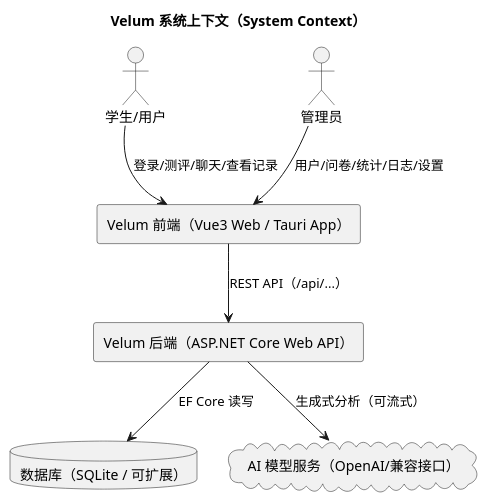
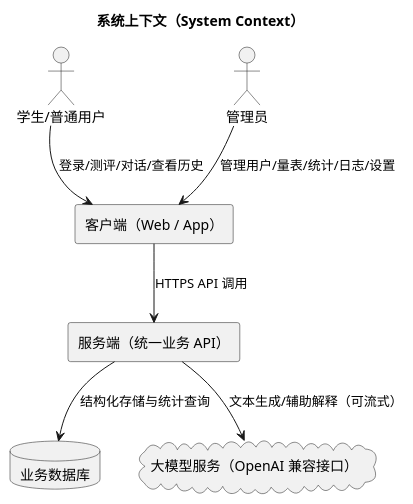
One commit to WangWindow/Velum changed the diagram in docs/2.md. Above: the diagram before and after it, drawn with PlantUML. The commit also changed other lines of this file and 5 other files, not shown here.

````diff
--- a/docs/2.md
+++ b/docs/2.md
@@ -67,21 +72,21 @@
 ```plantuml
 @startuml
-title Velum 系统上下文（System Context）
+title 系统上下文（System Context）
 
-actor "学生/用户" as Student
+actor "学生/普通用户" as Student
 actor "管理员" as Admin
 
-rectangle "Velum 前端（Vue3 Web / Tauri App）" as FE
-rectangle "Velum 后端（ASP.NET Core Web API）" as BE
-database "数据库（SQLite / 可扩展）" as DB
-cloud "AI 模型服务（OpenAI/兼容接口）" as AI
+rectangle "客户端（Web / App）" as Client
+rectangle "服务端（统一业务 API）" as Server
+database "业务数据库" as DB
+cloud "大模型服务（OpenAI 兼容接口）" as LLM
 
-Student --> FE : 登录/测评/聊天/查看记录
-Admin --> FE : 用户/问卷/统计/日志/设置
+Student --> Client : 登录/测评/对话/查看历史
+Admin --> Client : 管理用户/量表/统计/日志/设置
 
-FE --> BE : REST API（/api/...）
-BE --> DB : EF Core 读写
-BE --> AI : 生成式分析（可流式）
+Client --> Server : HTTPS API 调用
+Server --> DB : 结构化存储与统计查询
+Server --> LLM : 文本生成/辅助解释（可流式）
 
 @enduml
 ```
````
